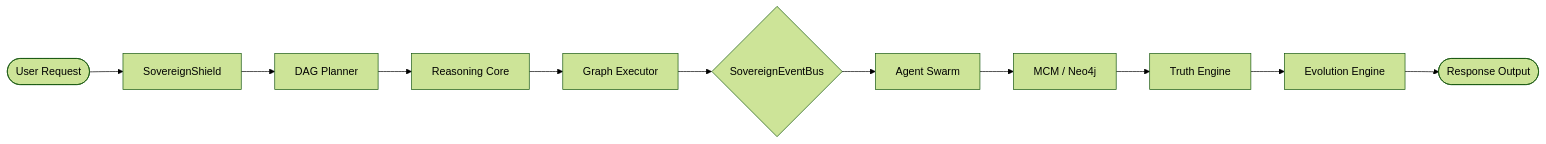
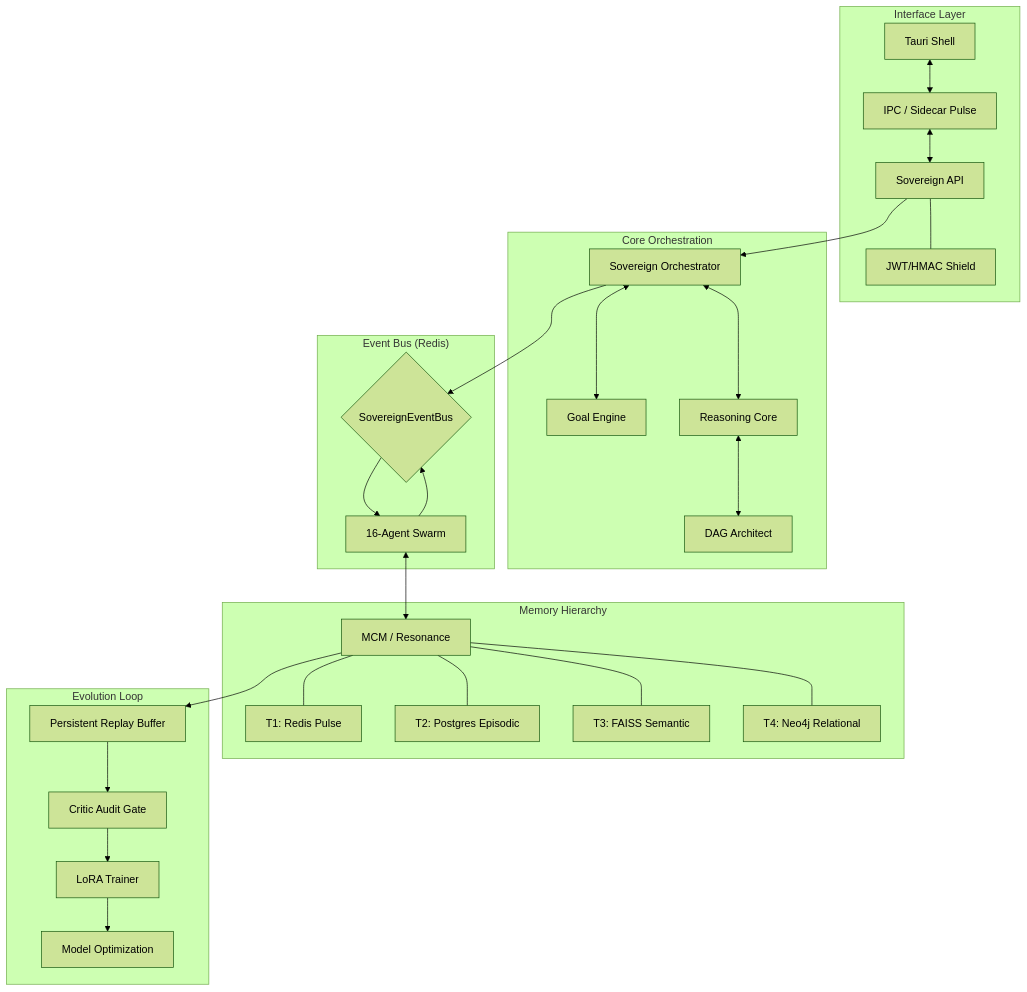
The second of 10 diagrams in README.md (Blackdrg/levi-ai-innovate), drawn with Mermaid (forest theme) before and after one commit. The commit also changed other lines of this file and 18 other files, not shown here.

````diff
--- a/README.md
+++ b/README.md
@@ -412,13 +172,36 @@
 ```mermaid
-graph LR
-    User([User Request]) --> Gateway[SovereignShield]
-    Gateway --> Orchestrator[DAG Planner]
-    Orchestrator --> Reasoning[Reasoning Core]
-    Reasoning --> Execution[Graph Executor]
-    Execution --> Bus{SovereignEventBus}
-    Bus --> Agents[Agent Swarm]
-    Agents --> Memory[MCM / Neo4j]
-    Memory --> Truth[Truth Engine]
-    Truth --> Evolution[Evolution Engine]
-    Evolution --> Response([Response Output])
+graph TD
+    subgraph "Interface Layer"
+        UI[Tauri Shell] <--> WS[IPC / Sidecar Pulse]
+        WS <--> API[Sovereign API]
+        API --- Auth[JWT/HMAC Shield]
+    end
+
+    subgraph "Core Orchestration"
+        API --> Orch[Sovereign Orchestrator]
+        Orch <--> Goal[Goal Engine]
+        Orch <--> Logic[Reasoning Core]
+        Logic <--> Planner[DAG Architect]
+    end
+
+    subgraph "Event Bus (Redis)"
+        Orch --> Bus{SovereignEventBus}
+        Bus --> Agents[16-Agent Swarm]
+        Agents --> Bus
+    end
+
+    subgraph "Memory Hierarchy"
+        Agents <--> MCM[MCM / Resonance]
+        MCM --- T1[T1: Redis Pulse]
+        MCM --- T2[T2: Postgres Episodic]
+        MCM --- T3[T3: FAISS Semantic]
+        MCM --- T4[T4: Neo4j Relational]
+    end
+
+    subgraph "Evolution Loop"
+        MCM --> Replay[Persistent Replay Buffer]
+        Replay --> Critic[Critic Audit Gate]
+        Critic --> Trainer[LoRA Trainer]
+        Trainer --> Weights[Model Optimization]
+    end
 ```
````
